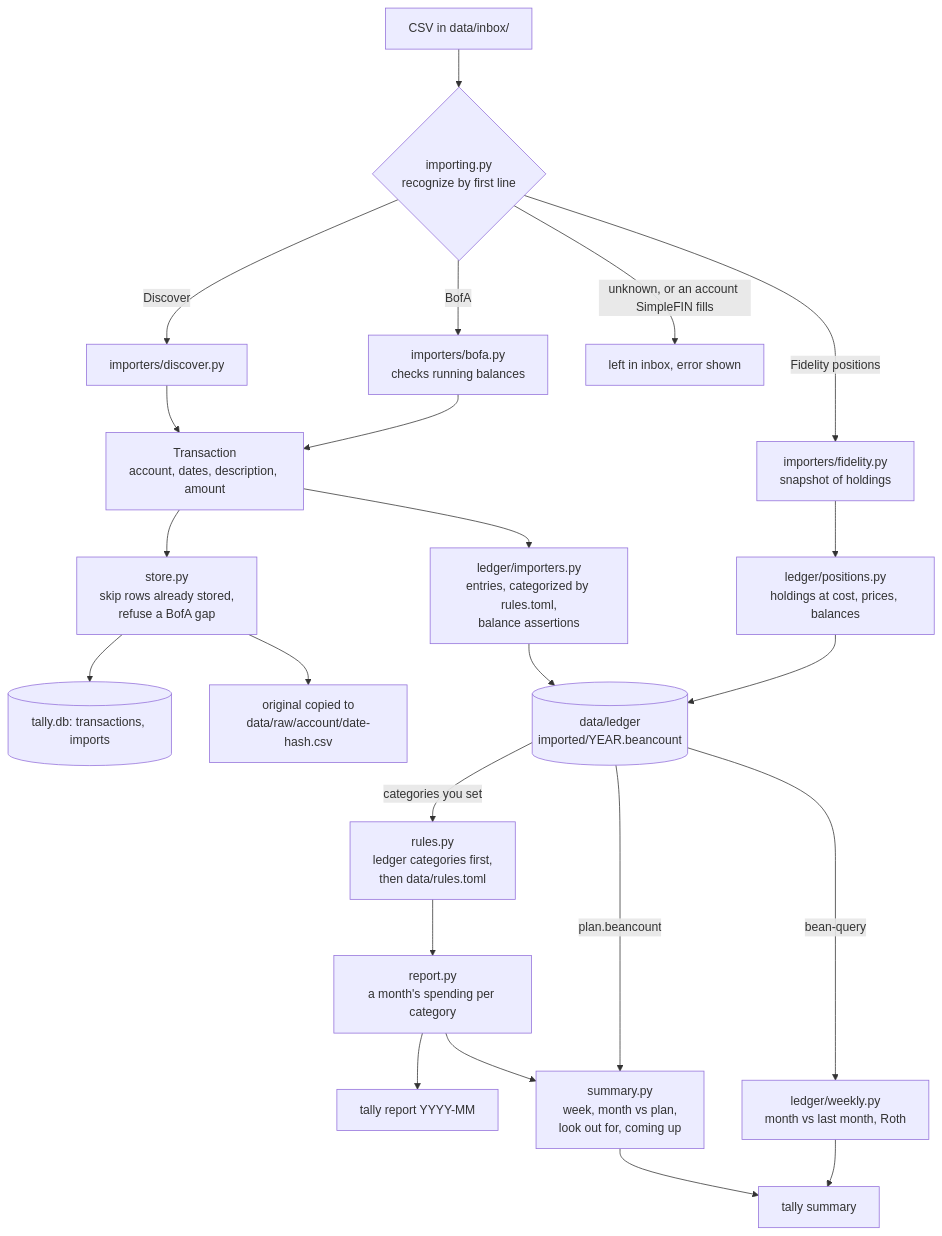
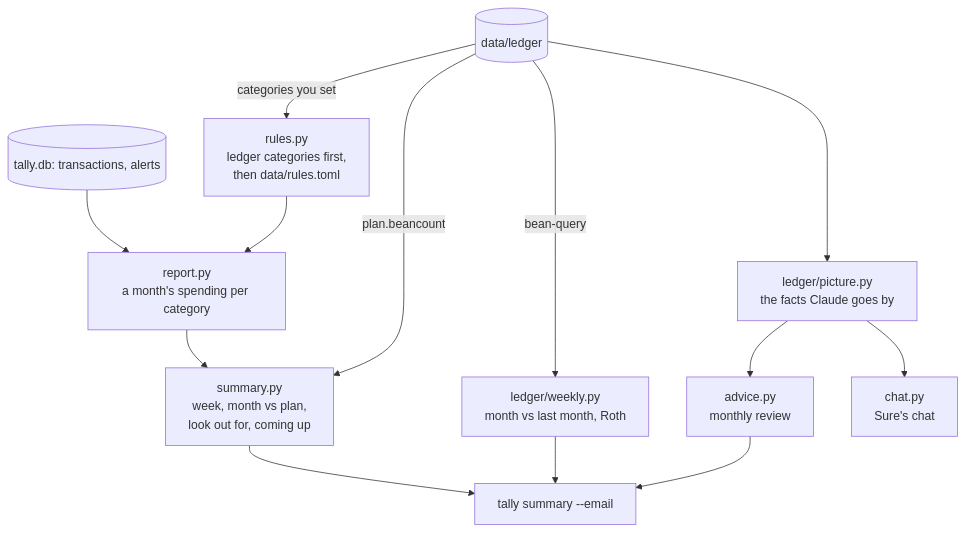
The third of 6 diagrams in docs/architecture.md (vmenon04/tally), drawn with Mermaid before and after one commit. The commit also changed other lines of this file and 47 other files, not shown here.

First line of the commit message:
Remove what tally no longer uses: CSV import, the report command, the Sheet's leftovers

````diff
--- a/docs/architecture.md
+++ b/docs/architecture.md
@@ -102,27 +100,15 @@
 ```mermaid
 flowchart TD
-    csv["CSV in data/inbox/"] --> recognize{"importing.py<br/>recognize by first line"}
-    recognize -- "Discover" --> dparse["importers/discover.py"]
-    recognize -- "BofA" --> bparse["importers/bofa.py<br/>checks running balances"]
-    recognize -- "Fidelity positions" --> fparse["importers/fidelity.py<br/>snapshot of holdings"]
-    recognize -- "unknown, or an account SimpleFIN fills" --> stay["left in inbox, error shown"]
-    dparse --> txn["Transaction<br/>account, dates, description, amount"]
-    bparse --> txn
-    txn --> save["store.py<br/>skip rows already stored,<br/>refuse a BofA gap"]
-    save --> db[("tally.db: transactions, imports")]
-    save --> archive["original copied to<br/>data/raw/account/date-hash.csv"]
-
-    txn --> extract["ledger/importers.py<br/>entries, categorized by rules.toml,<br/>balance assertions"]
-    fparse --> positions["ledger/positions.py<br/>holdings at cost, prices, balances"]
-    extract --> ledger[("data/ledger<br/>imported/YEAR.beancount")]
-    positions --> ledger
-
-    ledger -- "categories you set" --> rulesx["rules.py<br/>ledger categories first,<br/>then data/rules.toml"]
-    rulesx --> rep["report.py<br/>a month's spending per category"]
-    rep --> cli_report["tally report YYYY-MM"]
+    ledger[("data/ledger")] -- "categories you set" --> rulesx["rules.py<br/>ledger categories first,<br/>then data/rules.toml"]
+    db[("tally.db: transactions, alerts")] --> rep["report.py<br/>a month's spending per category"]
+    rulesx --> rep
     rep --> weekly["summary.py<br/>week, month vs plan,<br/>look out for, coming up"]
     ledger -- "plan.beancount" --> weekly
     ledger -- "bean-query" --> lreport["ledger/weekly.py<br/>month vs last month, Roth"]
-    weekly --> cli_summary["tally summary"]
-    lreport --> cli_summary
+    ledger --> picture["ledger/picture.py<br/>the facts Claude goes by"]
+    picture --> advice["advice.py<br/>monthly review"]
+    picture --> chat["chat.py<br/>Sure's chat"]
+    weekly --> email["tally summary --email"]
+    lreport --> email
+    advice --> email
 ```
````
